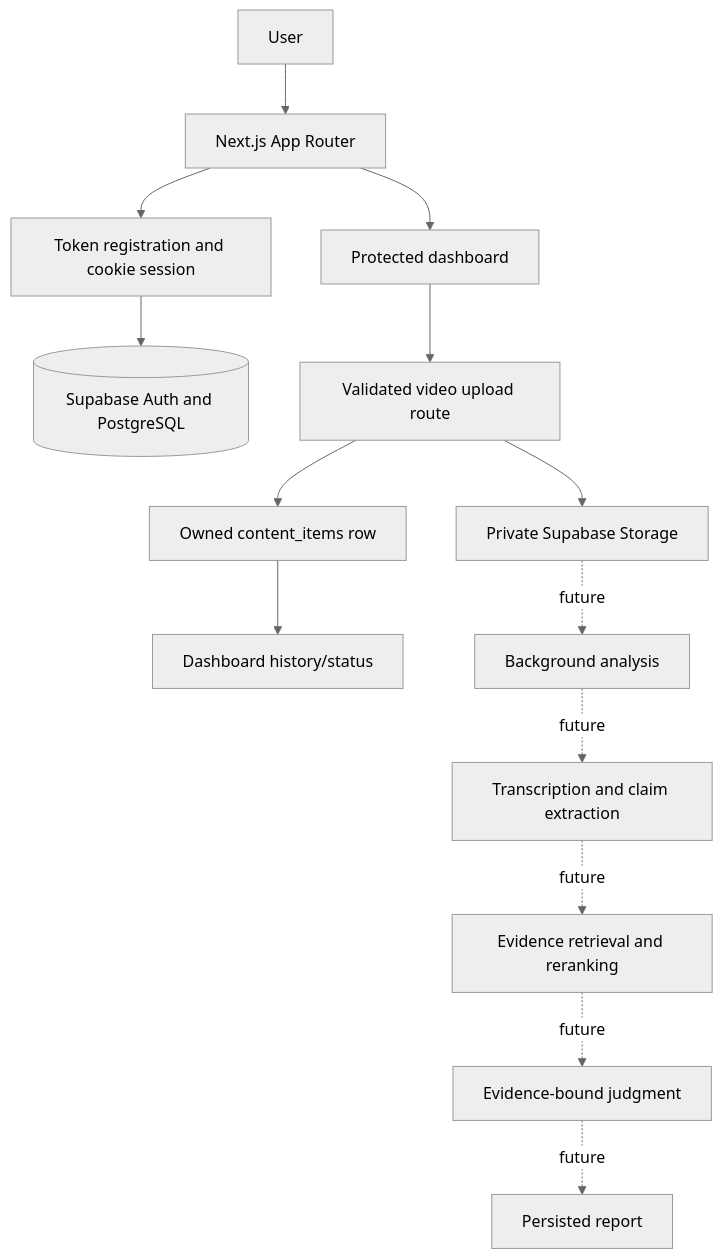
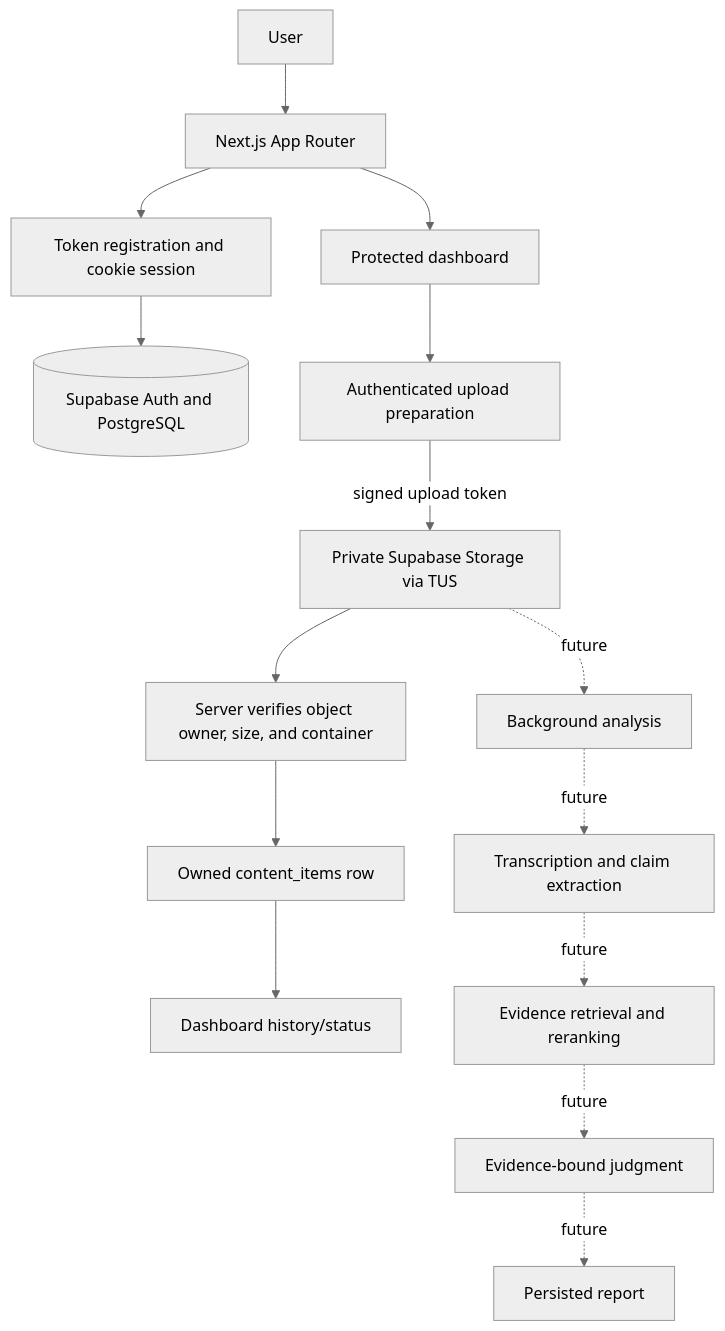
One commit to Kirbik/psych-factcheck changed the diagram in ARCHITECTURE.md. Above: the diagram before and after it, drawn with Mermaid (neutral theme). The commit also changed other lines of this file and 25 other files, not shown here.

````diff
--- a/ARCHITECTURE.md
+++ b/ARCHITECTURE.md
@@ -21,16 +21,17 @@
 ```mermaid
 flowchart TD
   U[User] --> WEB[Next.js App Router]
   WEB --> AUTH[Token registration and cookie session]
   AUTH --> DB[(Supabase Auth and PostgreSQL)]
   WEB --> DASH[Protected dashboard]
-  DASH --> UP[Validated video upload route]
-  UP --> STORAGE[Private Supabase Storage]
-  UP --> CONTENT[Owned content_items row]
+  DASH --> UP[Authenticated upload preparation]
+  UP -->|signed upload token| STORAGE[Private Supabase Storage via TUS]
+  STORAGE --> VERIFY[Server verifies object owner, size, and container]
+  VERIFY --> CONTENT[Owned content_items row]
   CONTENT --> HISTORY[Dashboard history/status]
   STORAGE -. future .-> JOB[Background analysis]
   JOB -. future .-> TRANS[Transcription and claim extraction]
   TRANS -. future .-> RAG[Evidence retrieval and reranking]
   RAG -. future .-> JUDGE[Evidence-bound judgment]
   JUDGE -. future .-> REPORT[Persisted report]
 ```
````
